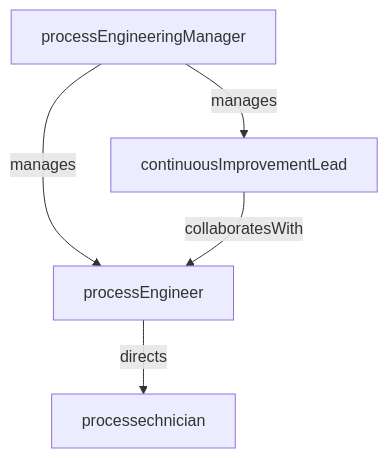
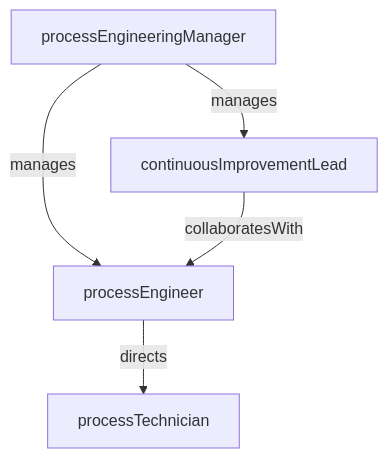
One commit to dot-org-ai/departments.org.ai changed the second of 2 diagrams in PlantOperations/ProcessEngineering.mdx. Above: the diagram before and after it, drawn with Mermaid. The commit also changed other lines of this file and 66 other files, not shown here.

````diff
--- a/PlantOperations/ProcessEngineering.mdx
+++ b/PlantOperations/ProcessEngineering.mdx
@@ -94,7 +94,7 @@
 ```mermaid
 graph TD
   processEngineeringManager -->|manages| processEngineer
   processEngineeringManager -->|manages| continuousImprovementLead
-  processEngineer -->|directs| processechnician
+  processEngineer -->|directs| processTechnician
   continuousImprovementLead -->|collaboratesWith| processEngineer
 ```
````
